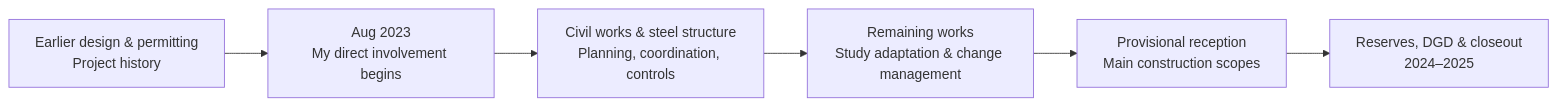
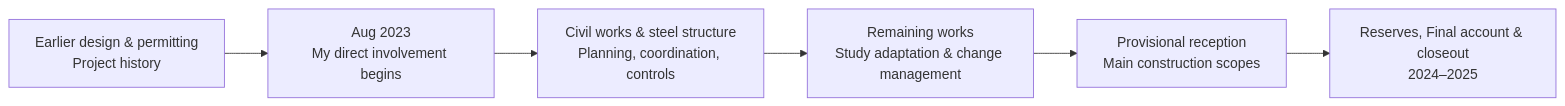
One commit to Oussama-MAOUCHE/meter-manufacturing-facility-project-management changed the diagram in README.md. Above: the diagram before and after it, drawn with Mermaid. The commit also changed other lines of this file, not shown here.

````diff
--- a/README.md
+++ b/README.md
@@ -28,8 +28,8 @@
 ```mermaid
 flowchart LR
     A["Earlier design & permitting<br/>Project history"] --> B["Aug 2023<br/>My direct involvement begins"]
     B --> C["Civil works & steel structure<br/>Planning, coordination, controls"]
     C --> D["Remaining works<br/>Study adaptation & change management"]
     D --> E["Provisional reception<br/>Main construction scopes"]
-    E --> F["Reserves, DGD & closeout<br/>2024–2025"]
+    E --> F["Reserves, Final account & closeout<br/>2024–2025"]
 ```
````
